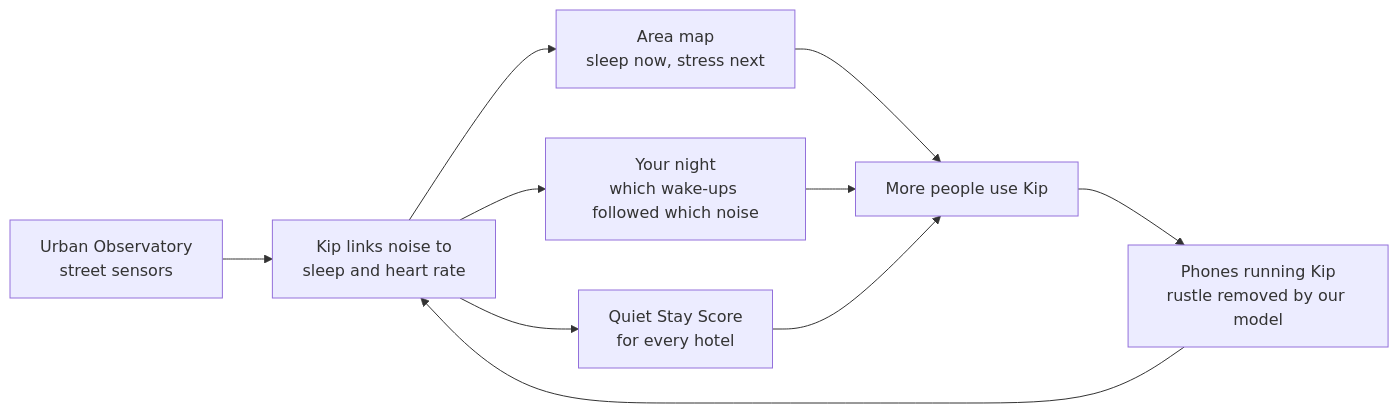
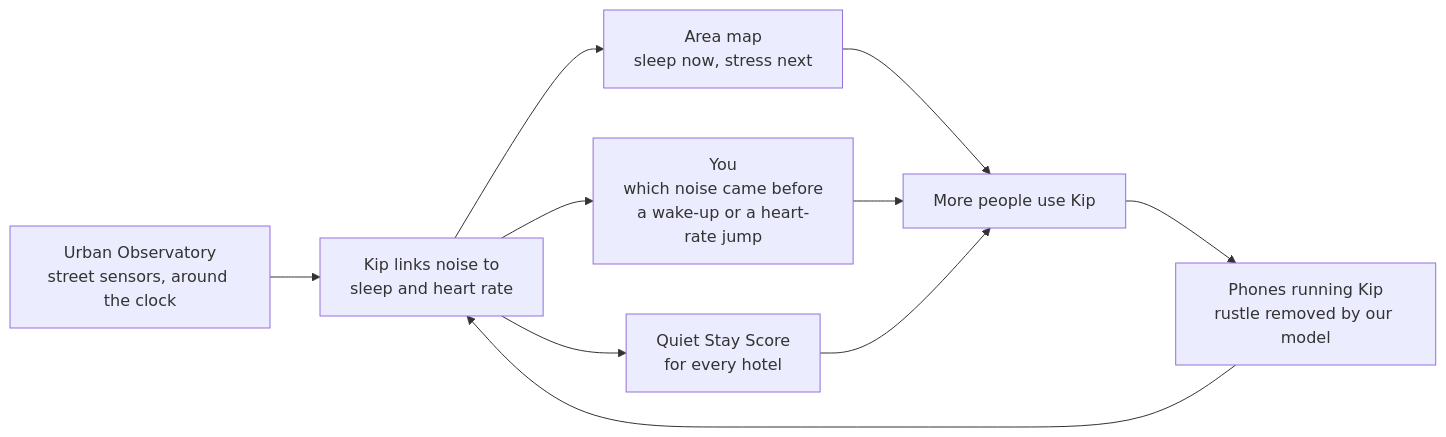
The diagram in README.md (ehewes/durhack-proj), drawn with Mermaid before and after one commit. The commit also changed other lines of this file and 1 other file, not shown here.

First line of the commit message:
Frame Kip around noise, sleep and stress, day and night

````diff
--- a/README.md
+++ b/README.md
@@ -25,12 +27,12 @@
 ```mermaid
 flowchart LR
-  obs["Urban Observatory<br/>street sensors"] --> kip
+  obs["Urban Observatory<br/>street sensors, around the clock"] --> kip
   phones["Phones running Kip<br/>rustle removed by our model"] --> kip
   kip["Kip links noise to<br/>sleep and heart rate"] --> map["Area map<br/>sleep now, stress next"]
-  kip --> night["Your night<br/>which wake-ups followed which noise"]
+  kip --> you["You<br/>which noise came before<br/>a wake-up or a heart-rate jump"]
   kip --> stays["Quiet Stay Score<br/>for every hotel"]
   map --> users["More people use Kip"]
-  night --> users
+  you --> users
   stays --> users
   users --> phones
 ```
````
